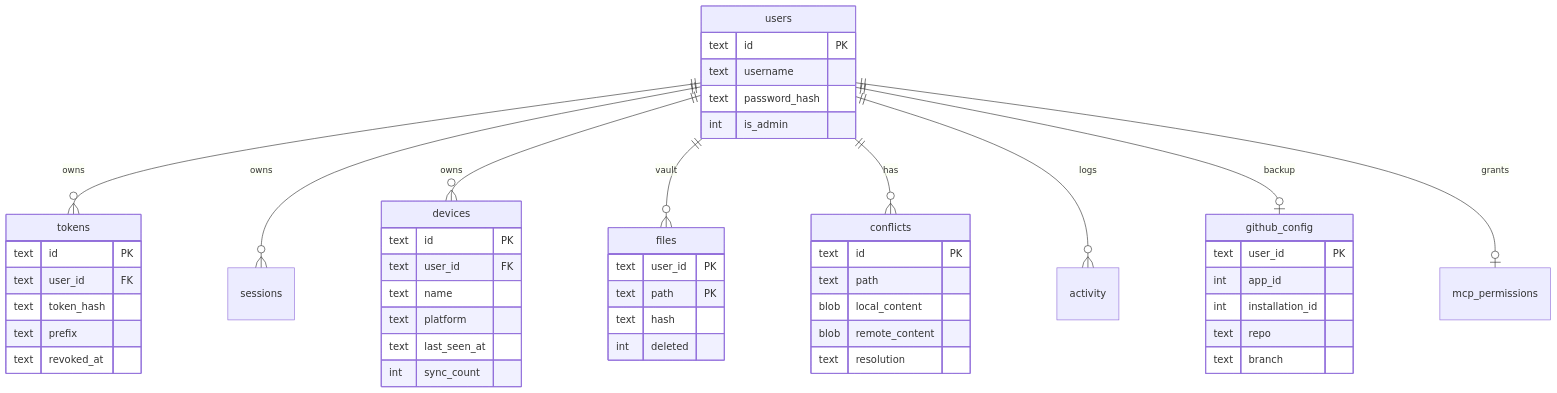
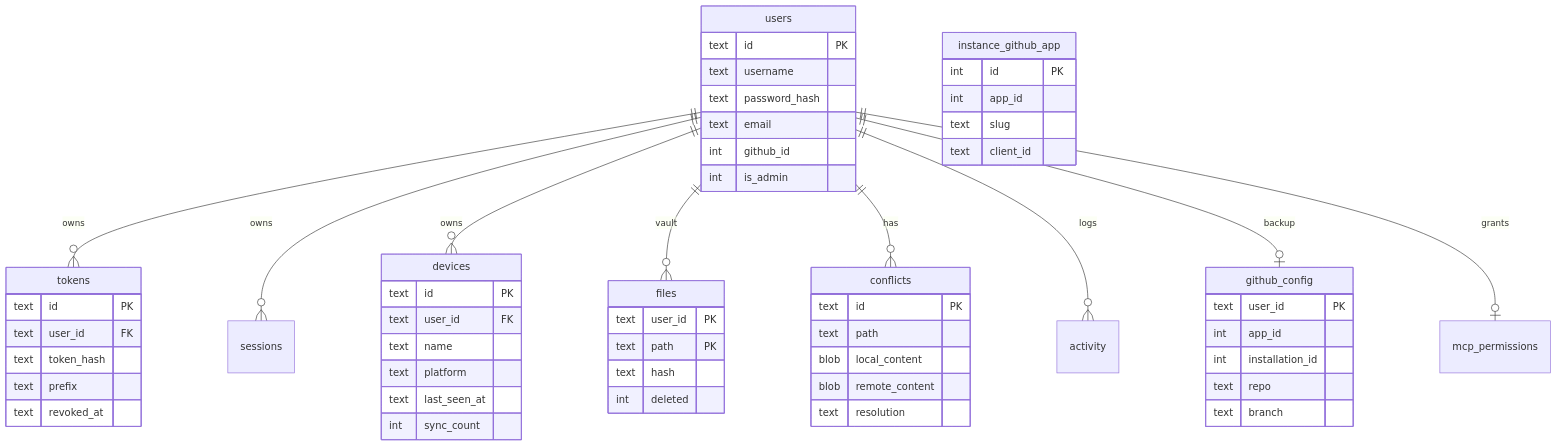
Diagram 11 of 13 in docs/architecture.md (shangeethsivan/Syncidian), drawn with Mermaid before and after one commit. The commit also changed other lines of this file and 17 other files, not shown here.

````diff
--- a/docs/architecture.md
+++ b/docs/architecture.md
@@ -329,53 +344,61 @@
 ```mermaid
 erDiagram
   users ||--o{ tokens : owns
   users ||--o{ sessions : owns
   users ||--o{ devices : owns
   users ||--o{ files : vault
   users ||--o{ conflicts : has
   users ||--o{ activity : logs
   users ||--o| github_config : backup
   users ||--o| mcp_permissions : grants
 
   users {
     text id PK
     text username
     text password_hash
+    text email
+    int github_id
     int is_admin
   }
   tokens {
     text id PK
     text user_id FK
     text token_hash
     text prefix
     text revoked_at
   }
   devices {
     text id PK
     text user_id FK
     text name
     text platform
     text last_seen_at
     int sync_count
   }
   files {
     text user_id PK
     text path PK
     text hash
     int deleted
   }
   conflicts {
     text id PK
     text path
     blob local_content
     blob remote_content
     text resolution
   }
   github_config {
     text user_id PK
     int app_id
     int installation_id
     text repo
     text branch
   }
+  instance_github_app {
+    int id PK
+    int app_id
+    text slug
+    text client_id
+  }
 ```
````
